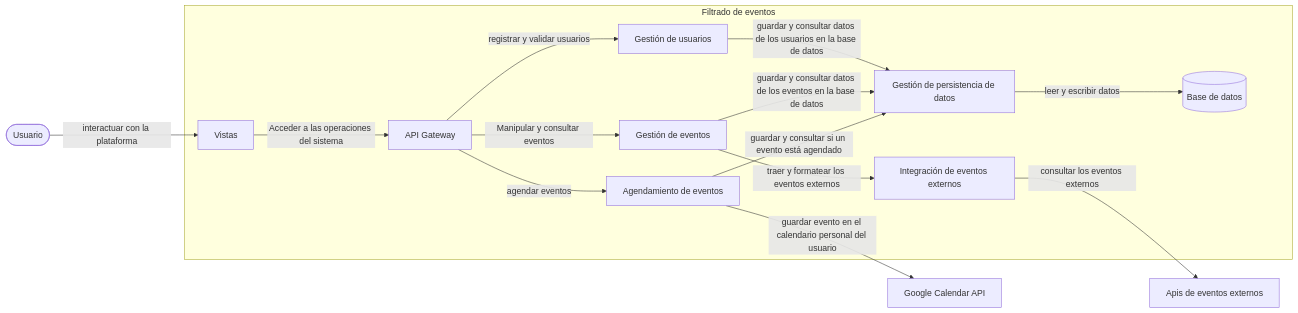
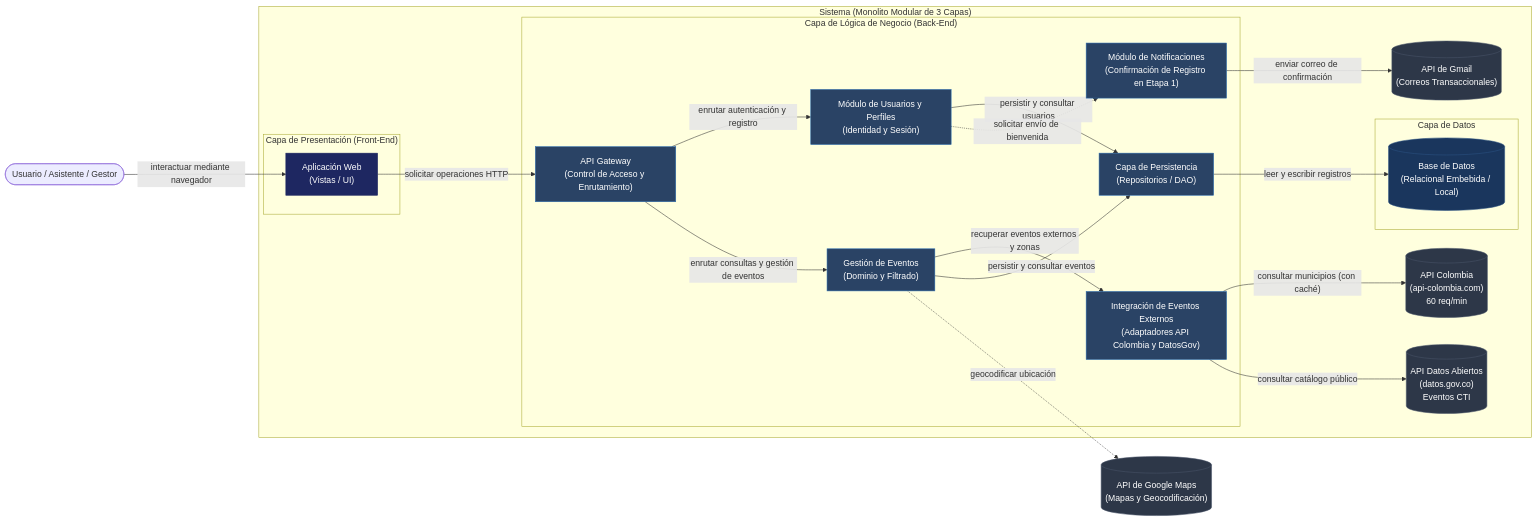
The first of 3 diagrams in Docs/Design/Diseño Arquitectónico detallado 01.md (ProyectPlanning/Sistema_de_eventos), drawn with Mermaid before and after one commit. The commit also changed other lines of this file, not shown here.

Commit message:
Se modico la primera versión del design

````diff
--- a/Docs/Design/Diseño Arquitectónico detallado 01.md
+++ b/Docs/Design/Diseño Arquitectónico detallado 01.md
@@ -42,36 +49,55 @@
 ```mermaid
 flowchart LR
-    U([Usuario])
-    EXT["Apis de eventos externos"]
-    CAL["Google Calendar API"]
+    User([Usuario / Asistente / Gestor])
+    API_COL[("API Colombia\n(api-colombia.com)\n60 req/min")]
+    API_GOV[("API Datos Abiertos\n(datos.gov.co)\nEventos CTI")]
+    MAPS_EXT[("API de Google Maps\n(Mapas y Geocodificación)")]
+    GMAIL_EXT[("API de Gmail\n(Correos Transaccionales)")]
 
-    subgraph SYS["Filtrado de eventos"]
-        V["Vistas"]
-        API["API Gateway"]
-        GU["Gestión de usuarios"]
-        GE["Gestión de eventos"]
-        IE["Integración de eventos externos"]
-        AC["Agendamiento de eventos"]
-        PD["Gestión de persistencia de datos"]
-        DB[("Base de datos")]
+    subgraph SYS["Sistema (Monolito Modular de 3 Capas)"]
+        subgraph FRONT["Capa de Presentación (Front-End)"]
+            WEB["Aplicación Web\n(Vistas / UI)"]
+        end
 
-        V -->|"Acceder a las operaciones del sistema"| API
-        API -->|"registrar y validar usuarios"| GU
-        API -->|"Manipular y consultar eventos"| GE
-        API -->|"agendar eventos"| AC
+        subgraph BACK["Capa de Lógica de Negocio (Back-End)"]
+            GW["API Gateway\n(Control de Acceso y Enrutamiento)"]
+            GE["Gestión de Eventos\n(Dominio y Filtrado)"]
+            IE["Integración de Eventos Externos\n(Adaptadores API Colombia y DatosGov)"]
+            GU["Módulo de Usuarios y Perfiles\n(Identidad y Sesión)"]
+            NOTIF["Módulo de Notificaciones\n(Confirmación de Registro en Etapa 1)"]
+            PERS["Capa de Persistencia\n(Repositorios / DAO)"]
+        end
 
-        GE -->|"traer y formatear los eventos externos"| IE
-        
+        subgraph DATA["Capa de Datos"]
+            DB[("Base de Datos\n(Relacional Embebida / Local)")]
+        end
 
-        GU -->|"guardar y consultar datos de los usuarios en la base de datos"| PD
-        GE -->|"guardar y consultar datos de los eventos en la base de datos"| PD
-        AC -->|"guardar y consultar si un evento está agendado"| PD
+        WEB -->|"solicitar operaciones HTTP"| GW
+        GW -->|"enrutar autenticación y registro"| GU
+        GW -->|"enrutar consultas y gestión de eventos"| GE
 
-        PD -->|"leer y escribir datos"| DB
+        GE -->|"recuperar eventos externos y zonas"| IE
+        IE -->|"consultar municipios (con caché)"| API_COL
+        IE -->|"consultar catálogo público"| API_GOV
+
+        GE -->|"persistir y consultar eventos"| PERS
+        GU -->|"persistir y consultar usuarios"| PERS
+        GU -.->|"solicitar envío de bienvenida"| NOTIF
+        NOTIF -->|"enviar correo de confirmación"| GMAIL_EXT
+
+        PERS -->|"leer y escribir registros"| DB
     end
 
-    U -->|"interactuar con la plataforma"| V
-    AC -->|"guardar evento en el calendario personal del usuario"| CAL
-    IE -->|"consultar los eventos externos"| EXT
+    User -->|"interactuar mediante navegador"| WEB
+    GE -.->|"geocodificar ubicación"| MAPS_EXT
 
+    classDef external fill:#2D3748,color:#ffffff,stroke:#4A5568;
+    classDef frontend fill:#1E2761,color:#ffffff,stroke:#1E2761;
+    classDef backend fill:#2A4365,color:#ffffff,stroke:#2B6CB0;
+    classDef database fill:#1A365D,color:#ffffff,stroke:#2C5282;
+
+    class API_COL,API_GOV,MAPS_EXT,GMAIL_EXT external;
+    class WEB frontend;
+    class GW,GE,IE,GU,NOTIF,PERS backend;
+    class DB database;
 ```
````
